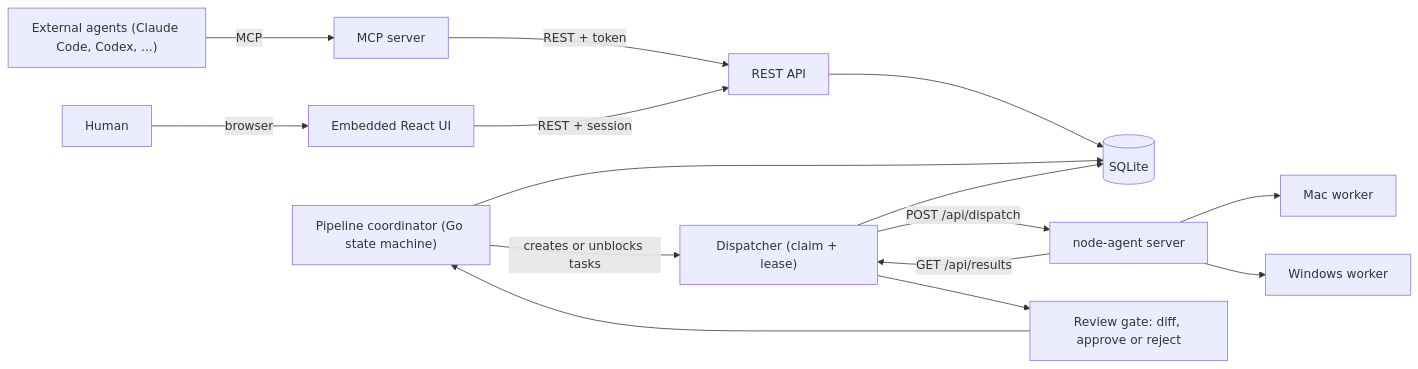
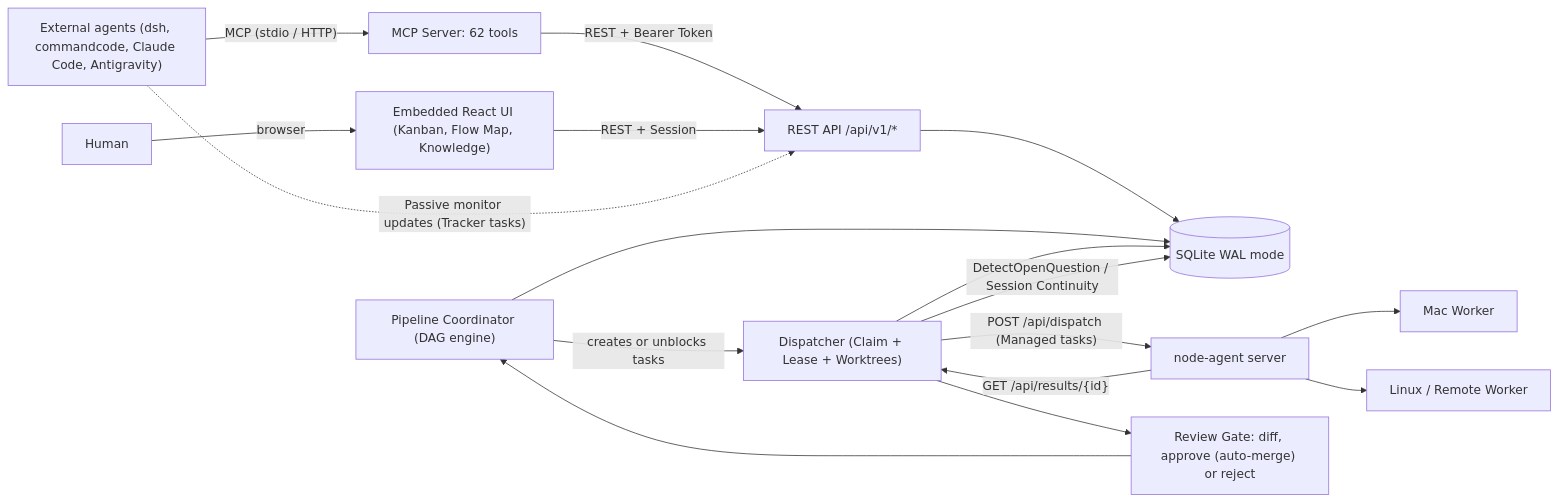
One commit to adityahimaone/switchyard-lite changed the diagram in README.md. Above: the diagram before and after it, drawn with Mermaid. The commit also changed other lines of this file, not shown here.

Commit message:
docs: update README with 62 MCP tools, dual tracker mode, grill-me Q&A, and knowledge center

````diff
--- a/README.md
+++ b/README.md
@@ -9,17 +11,19 @@
 ```mermaid
 flowchart LR
-  A["External agents (Claude Code, Codex, ...)"] -- MCP --> M[MCP server]
-  H[Human] -- browser --> UI[Embedded React UI]
-  M -- REST + token --> API[REST API]
-  UI -- REST + session --> API
-  API --> S[(SQLite)]
-  P["Pipeline coordinator (Go state machine)"] --> S
-  D["Dispatcher (claim + lease)"] --> S
+  A["External agents (dsh, commandcode, Claude Code, Antigravity)"] -- "MCP (stdio / HTTP)" --> M[MCP Server: 62 tools]
+  H[Human] -- browser --> UI["Embedded React UI (Kanban, Flow Map, Knowledge)"]
+  M -- REST + Bearer Token --> API[REST API /api/v1/*]
+  UI -- REST + Session --> API
+  API --> S[(SQLite WAL mode)]
+  P["Pipeline Coordinator (DAG engine)"] --> S
+  D["Dispatcher (Claim + Lease + Worktrees)"] --> S
   P -- creates or unblocks tasks --> D
-  D -- "POST /api/dispatch" --> NA[node-agent server]
-  NA --> W1[Mac worker]
-  NA --> W2[Windows worker]
-  NA -- "GET /api/results" --> D
-  D --> R[Review gate: diff, approve or reject]
+  D -- "POST /api/dispatch (Managed tasks)" --> NA[node-agent server]
+  NA --> W1[Mac Worker]
+  NA --> W2[Linux / Remote Worker]
+  NA -- "GET /api/results/{id}" --> D
+  D -- "DetectOpenQuestion / Session Continuity" --> S
+  D --> R["Review Gate: diff, approve (auto-merge) or reject"]
   R --> P
+  A -. "Passive monitor updates (Tracker tasks)" .-> API
 ```
````
